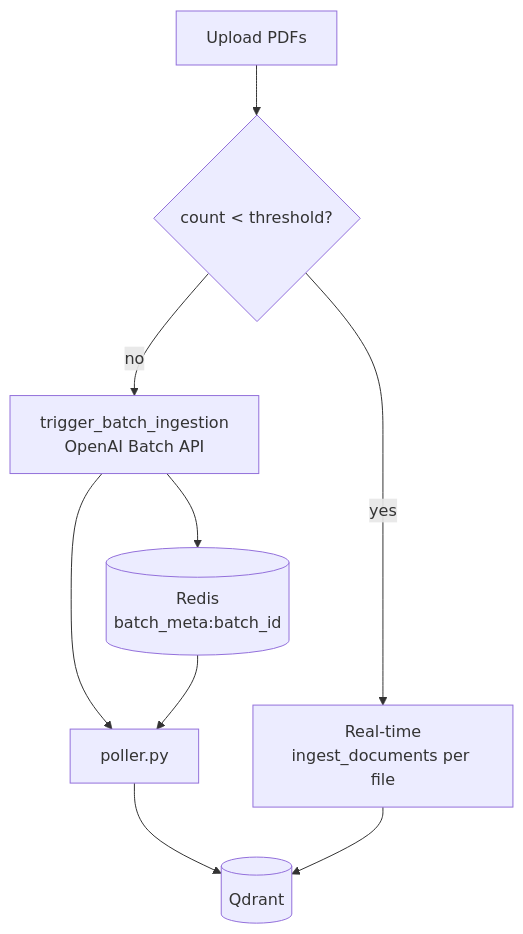
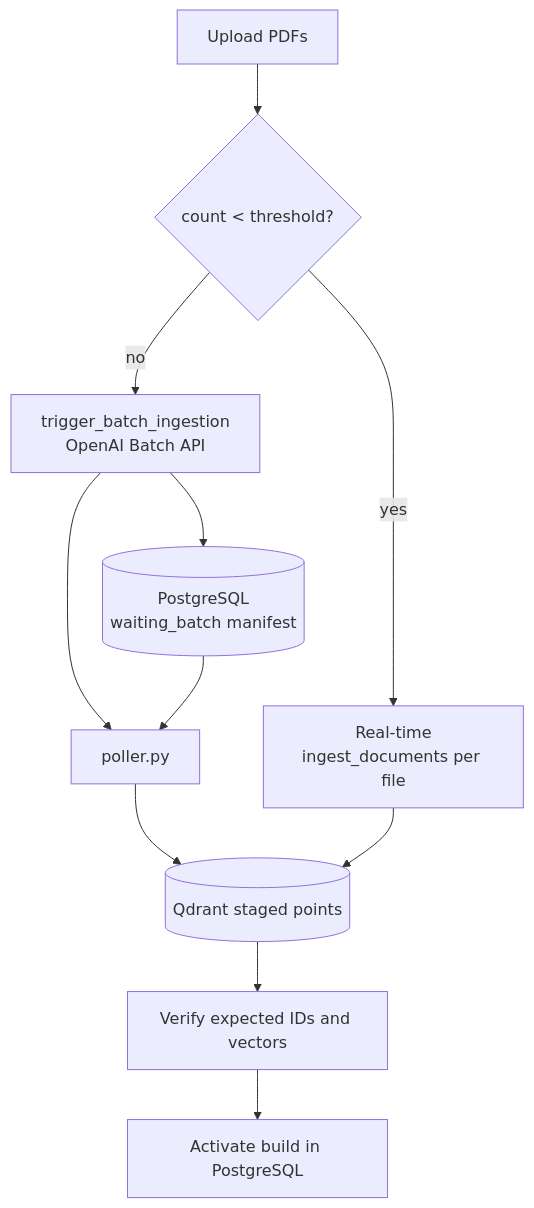
One commit to pdemeulenaer/rag-demo changed the diagram in docs/architecture/ingestion.md. Above: the diagram before and after it, drawn with Mermaid. The commit also changed other lines of this file and 29 other files, not shown here.

````diff
--- a/docs/architecture/ingestion.md
+++ b/docs/architecture/ingestion.md
@@ -12,11 +12,13 @@
 ```mermaid
 flowchart TD
     U[Upload PDFs] --> C{count < threshold?}
     C -->|yes| SYNC[Real-time<br/>ingest_documents per file]
     C -->|no| BATCH[trigger_batch_ingestion<br/>OpenAI Batch API]
-    BATCH --> RD[(Redis<br/>batch_meta:batch_id)]
+    BATCH --> RD[(PostgreSQL<br/>waiting_batch manifest)]
     BATCH --> POLL[poller.py]
     RD --> POLL
-    POLL --> QD[(Qdrant)]
+    POLL --> QD[(Qdrant staged points)]
     SYNC --> QD
+    QD --> V[Verify expected IDs and vectors]
+    V --> A[Activate build in PostgreSQL]
 ```
````
